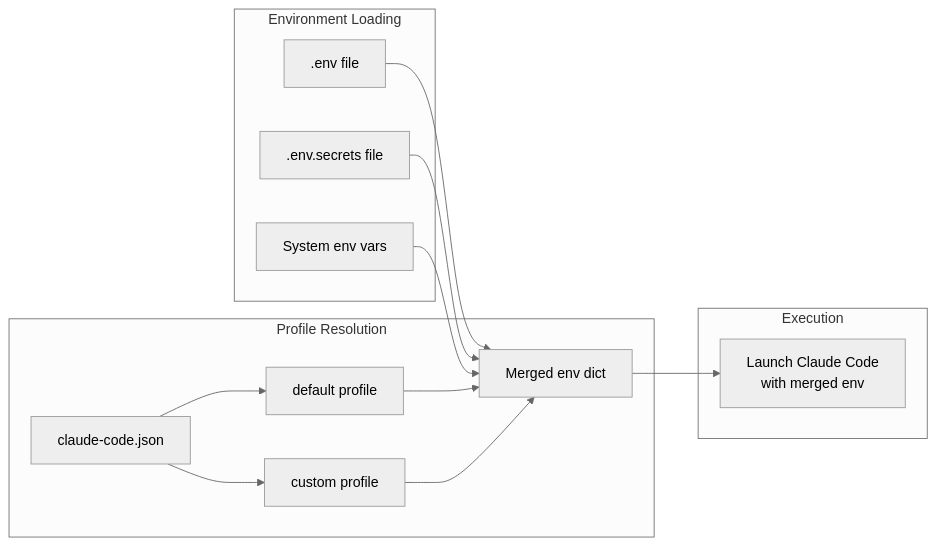
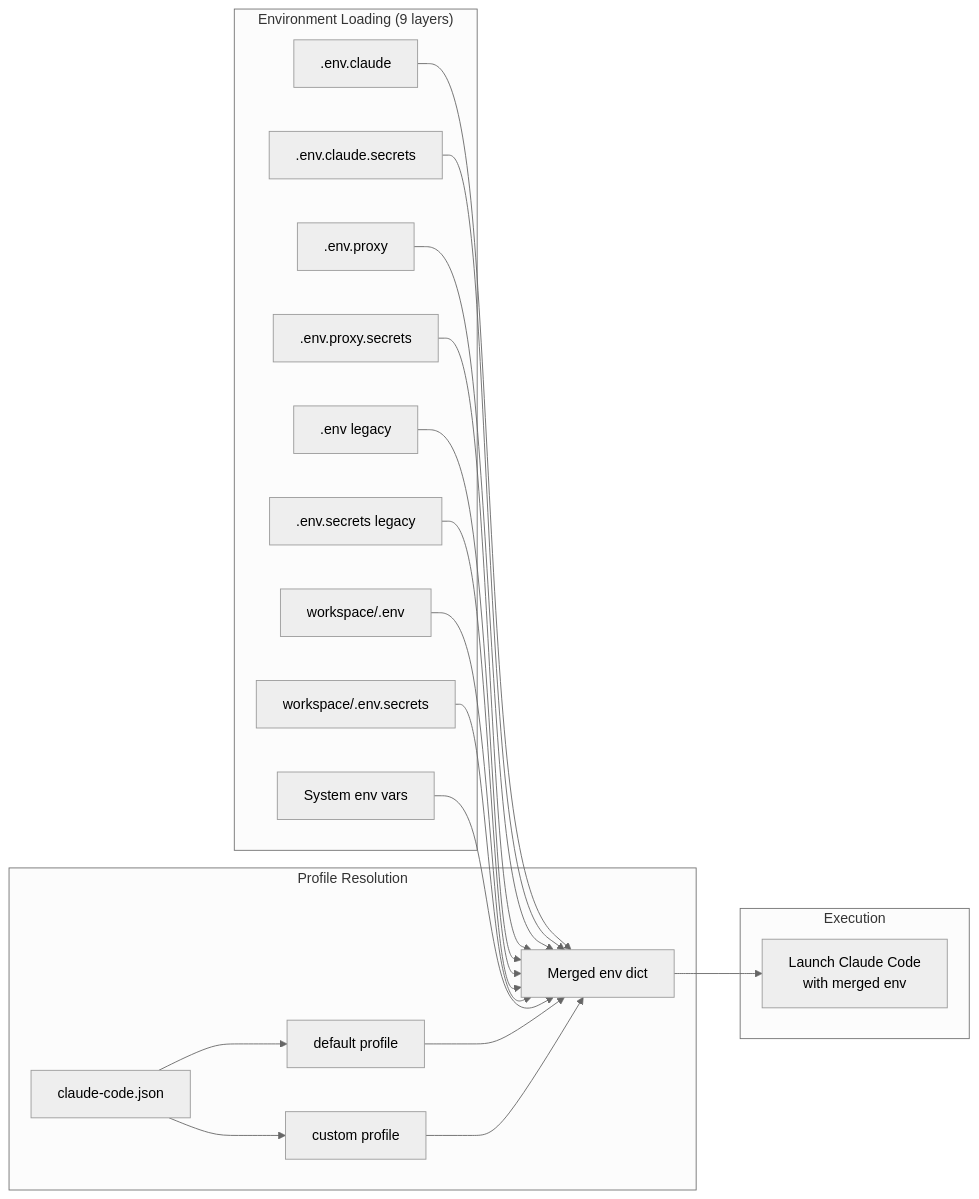
One commit to nilayparikh/codefreedom changed the second of 3 diagrams in docs/architecture.md. Above: the diagram before and after it, drawn with Mermaid (neutral theme). The commit also changed other lines of this file and 40 other files, not shown here.

````diff
--- a/docs/architecture.md
+++ b/docs/architecture.md
@@ -77,26 +84,38 @@
 ```mermaid
 flowchart LR
-    subgraph "Environment Loading"
-        ENV[".env file"]
-        SECRETS[".env.secrets file"]
+    subgraph "Environment Loading (9 layers)"
+        C_ENV[".env.claude"]
+        C_SEC[".env.claude.secrets"]
+        P_ENV[".env.proxy"]
+        P_SEC[".env.proxy.secrets"]
+        LEG_ENV[".env legacy"]
+        LEG_SEC[".env.secrets legacy"]
+        WS_ENV["workspace/.env"]
+        WS_SEC["workspace/.env.secrets"]
         SYS["System env vars"]
     end
 
     subgraph "Profile Resolution"
         PROF["claude-code.json"]
         DEFAULT["default profile"]
         CUSTOM["custom profile"]
         MERGED["Merged env dict"]
     end
 
     subgraph "Execution"
         CLAUDE_EXEC["Launch Claude Code<br/>with merged env"]
     end
 
-    ENV --> MERGED
-    SECRETS --> MERGED
+    C_ENV --> MERGED
+    C_SEC --> MERGED
+    P_ENV --> MERGED
+    P_SEC --> MERGED
+    LEG_ENV --> MERGED
+    LEG_SEC --> MERGED
+    WS_ENV --> MERGED
+    WS_SEC --> MERGED
     SYS --> MERGED
     PROF --> DEFAULT --> MERGED
     PROF --> CUSTOM --> MERGED
     MERGED --> CLAUDE_EXEC
 ```
````
